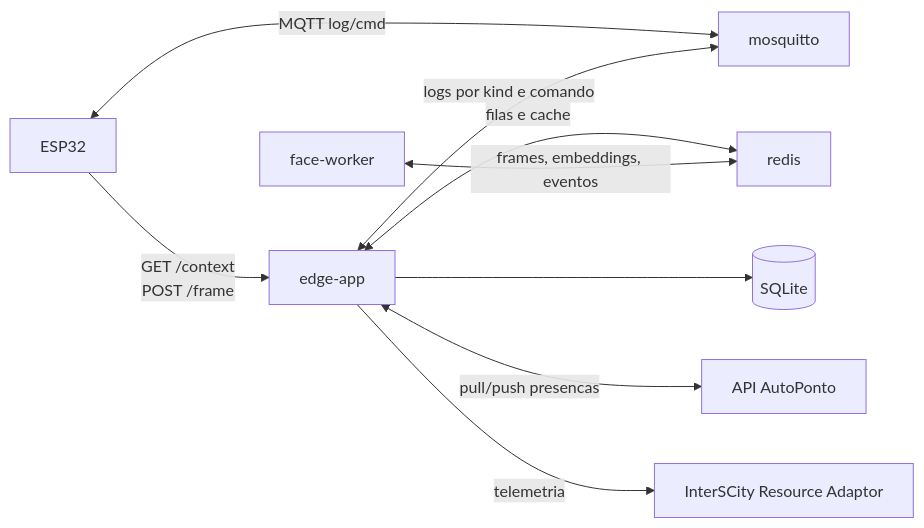
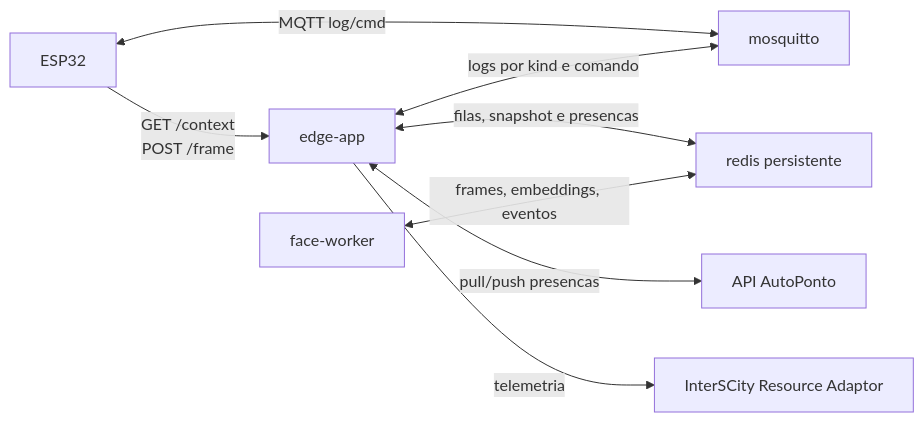
The first of 3 diagrams in README.md (DanielKGM/autoponto-edgenode), drawn with Mermaid before and after one commit. The commit also changed other lines of this file and 21 other files, not shown here.

First line of the commit message:
refactor: edge-app and face-worker services

````diff
--- a/README.md
+++ b/README.md
@@ -21,11 +21,10 @@
 ```mermaid
 flowchart LR
   ESP32[ESP32] -->|GET /context<br/>POST /frame| EdgeApp[edge-app]
   ESP32 <-->|MQTT log/cmd| Mosquitto[mosquitto]
   EdgeApp <-->|logs por kind e comando| Mosquitto
-  EdgeApp <-->|filas e cache| Redis[redis]
+  EdgeApp <-->|filas, snapshot e presencas| Redis[redis persistente]
   FaceWorker[face-worker] <-->|frames, embeddings, eventos| Redis
-  EdgeApp --> SQLite[(SQLite)]
   EdgeApp <-->|pull/push presencas| AutoPonto[API AutoPonto]
   EdgeApp -->|telemetria| InterSCity[InterSCity Resource Adaptor]
 ```
````
